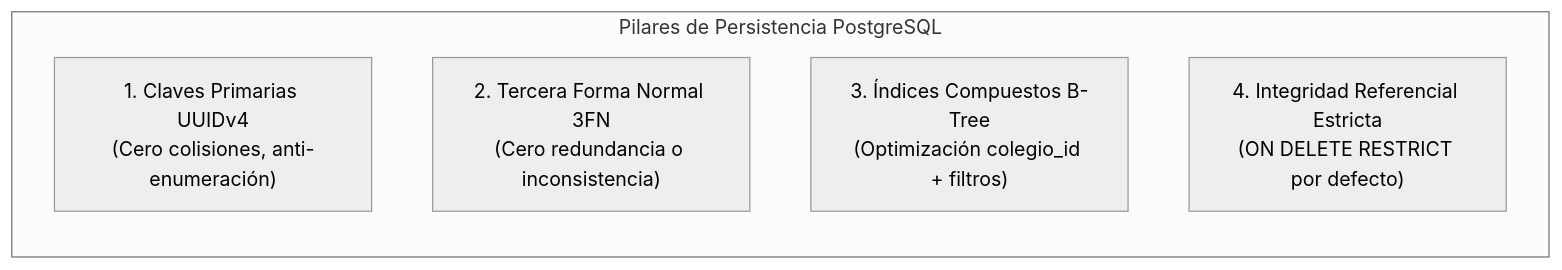
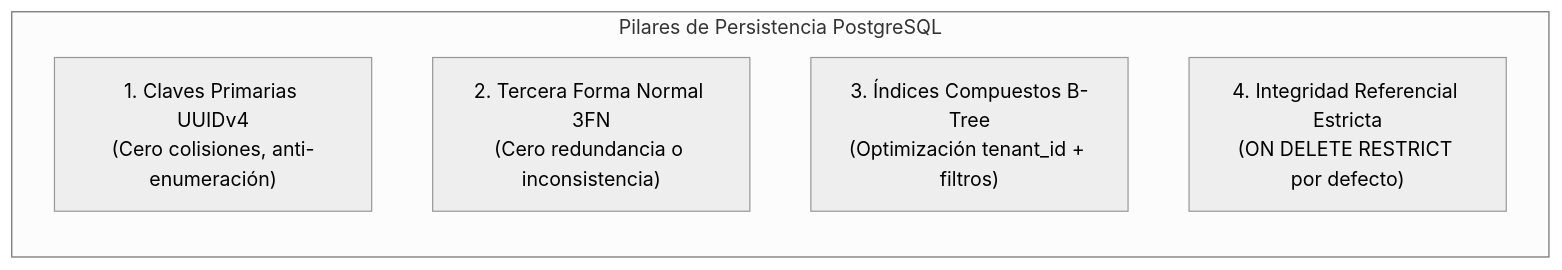
The diagram in multiAgents/02_software_architect/subroles/02_relational_data_ddl_modeler.md (DanExl24/multiagent-sdlc-starter), drawn with Mermaid (neutral theme) before and after one commit. The commit also changed other lines of this file and 35 other files, not shown here.

````diff
--- a/multiAgents/02_software_architect/subroles/02_relational_data_ddl_modeler.md
+++ b/multiAgents/02_software_architect/subroles/02_relational_data_ddl_modeler.md
@@ -26,9 +26,9 @@
 ```mermaid
 graph LR
     subgraph "Pilares de Persistencia PostgreSQL"
         P1["1. Claves Primarias UUIDv4<br/>(Cero colisiones, anti-enumeración)"]
         P2["2. Tercera Forma Normal 3FN<br/>(Cero redundancia o inconsistencia)"]
-        P3["3. Índices Compuestos B-Tree<br/>(Optimización colegio_id + filtros)"]
+        P3["3. Índices Compuestos B-Tree<br/>(Optimización tenant_id + filtros)"]
         P4["4. Integridad Referencial Estricta<br/>(ON DELETE RESTRICT por defecto)"]
     end
 ```
````
